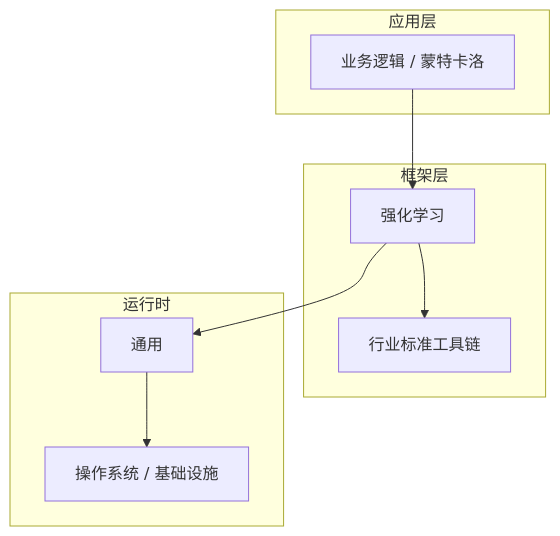
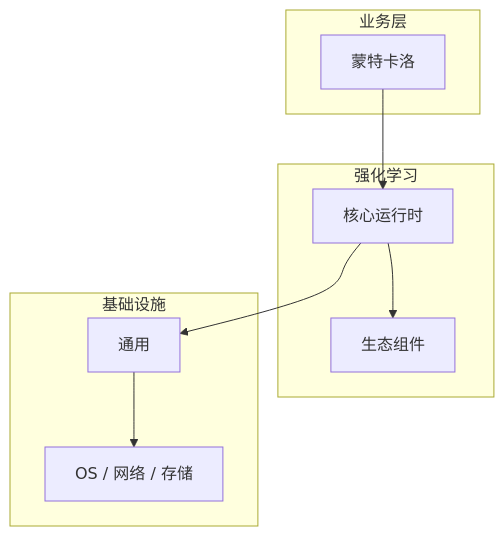
The diagram in articles/强化学习/chapters/045-蒙特卡洛核心概念与原理.md (yanggan2015/knowledge-json-v2), drawn with Mermaid before and after one commit. The commit also changed other lines of this file and 10127 other files, not shown here.

````diff
--- a/articles/强化学习/chapters/045-蒙特卡洛核心概念与原理.md
+++ b/articles/强化学习/chapters/045-蒙特卡洛核心概念与原理.md
@@ -45,18 +30,18 @@
 ```mermaid
 graph TB
-    subgraph 应用层
-        A[业务逻辑 / 蒙特卡洛]
+    subgraph 业务层
+        A[蒙特卡洛]
     end
-    subgraph 框架层
-        B[强化学习]
-        C[行业标准工具链]
+    subgraph 强化学习
+        B[核心运行时]
+        C[生态组件]
     end
-    subgraph 运行时
+    subgraph 基础设施
         D[通用]
-        E[操作系统 / 基础设施]
+        E[OS / 网络 / 存储]
     end
     A --> B
     B --> C
     B --> D
     D --> E
 ```
````
